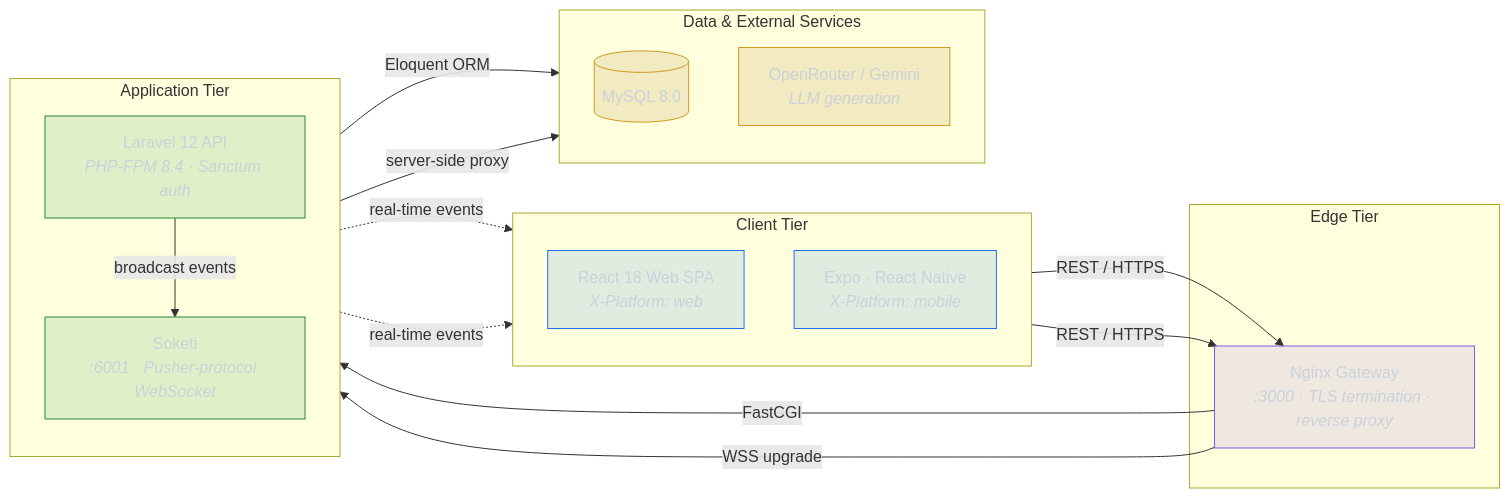
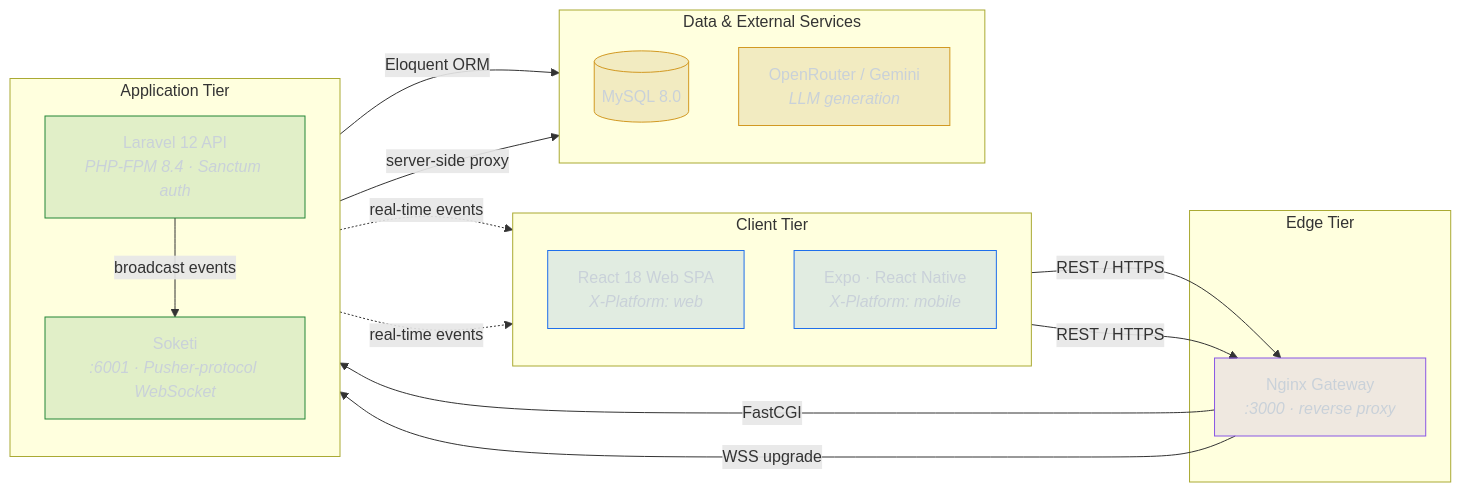
Before and after one commit to ijanvincent/cognivia: the second of 2 diagrams in README.md, drawn with Mermaid. The commit also changed other lines of this file, not shown here.

````diff
--- a/README.md
+++ b/README.md
@@ -226,46 +117,46 @@
 ```mermaid
 flowchart LR
     subgraph clients["Client Tier"]
         direction TB
         Web["React 18 Web SPA<br/><i>X-Platform: web</i>"]
         Mobile["Expo · React Native<br/><i>X-Platform: mobile</i>"]
     end
 
     subgraph edge["Edge Tier"]
-        GW["Nginx Gateway<br/><i>:3000 · TLS termination · reverse proxy</i>"]
+        GW["Nginx Gateway<br/><i>:3000 · reverse proxy</i>"]
     end
 
     subgraph app["Application Tier"]
         direction TB
         API["Laravel 12 API<br/><i>PHP-FPM 8.4 · Sanctum auth</i>"]
         Soketi["Soketi<br/><i>:6001 · Pusher-protocol WebSocket</i>"]
     end
 
     subgraph data["Data &amp; External Services"]
         direction TB
         DB[("MySQL 8.0")]
         AI["OpenRouter / Gemini<br/><i>LLM generation</i>"]
     end
 
     Web    -- "REST / HTTPS" --> GW
     Mobile -- "REST / HTTPS" --> GW
     GW     -- "FastCGI" --> API
     GW     -- "WSS upgrade" --> Soketi
 
     API -- "Eloquent ORM" --> DB
     API -- "broadcast events" --> Soketi
     API -- "server-side proxy" --> AI
 
     Soketi -. "real-time events" .-> Web
     Soketi -. "real-time events" .-> Mobile
 
     classDef client fill:#1f6feb22,stroke:#1f6feb,stroke-width:1px,color:#c9d1d9;
     classDef gateway fill:#8957e522,stroke:#8957e5,stroke-width:1px,color:#c9d1d9;
     classDef service fill:#23863622,stroke:#238636,stroke-width:1px,color:#c9d1d9;
     classDef store fill:#9e6a0322,stroke:#d29922,stroke-width:1px,color:#c9d1d9;
 
     class Web,Mobile client;
     class GW gateway;
     class API,Soketi service;
     class DB,AI store;
 ```
````
